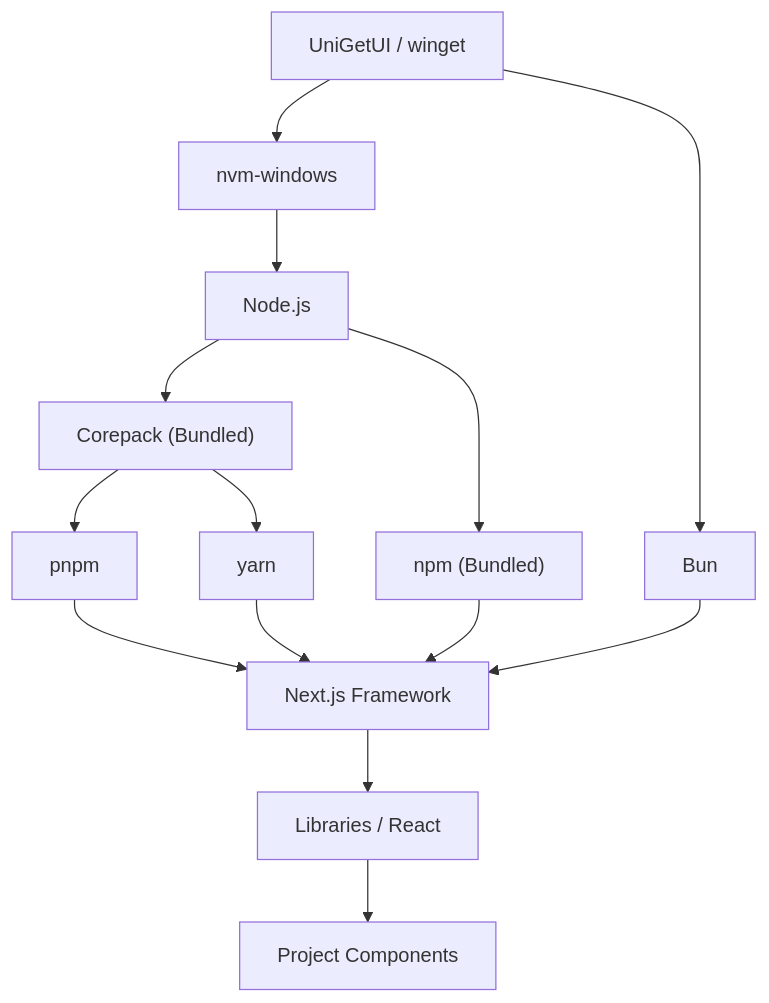
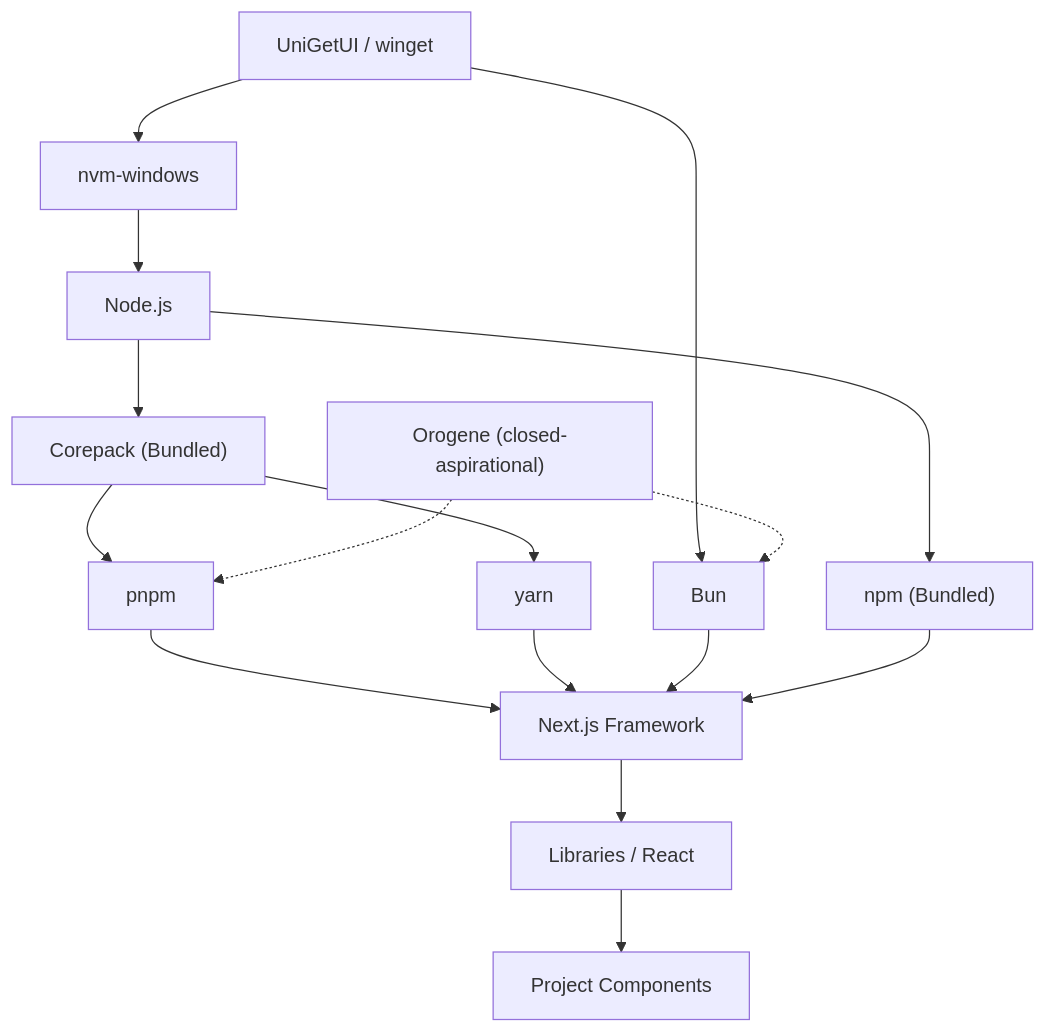
Before and after one commit to dev-centr/devcentr: the second of 2 diagrams in docs/modules/ROOT/pages/project-vision.adoc, drawn with Mermaid. The commit also changed other lines of this file and 6 other files, not shown here.

First line of the commit message:
Catalog Bun and Orogene among Node package managers.

```diff
--- a/docs/modules/ROOT/pages/project-vision.adoc
+++ b/docs/modules/ROOT/pages/project-vision.adoc
@@ -48,17 +49,19 @@
 [mermaid]
 ----
 graph TD
     W["UniGetUI / winget"] --> NVM["nvm-windows"]
     NVM --> NODE["Node.js"]
     NODE --> CP["Corepack (Bundled)"]
     NODE --> NPM["npm (Bundled)"]
     CP --> PNPM["pnpm"]
     CP --> YARN["yarn"]
     W --> BUN["Bun"]
     PNPM --> NEXT["Next.js Framework"]
     YARN --> NEXT
     BUN --> NEXT
     NPM --> NEXT
     NEXT --> LIBS["Libraries / React"]
     LIBS --> APP["Project Components"]
+    ORO["Orogene (closed-aspirational)"] -.-> BUN
+    ORO -.-> PNPM
 ----
```
